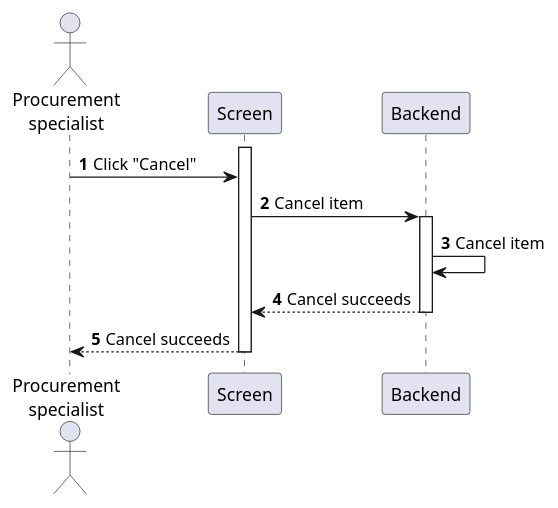
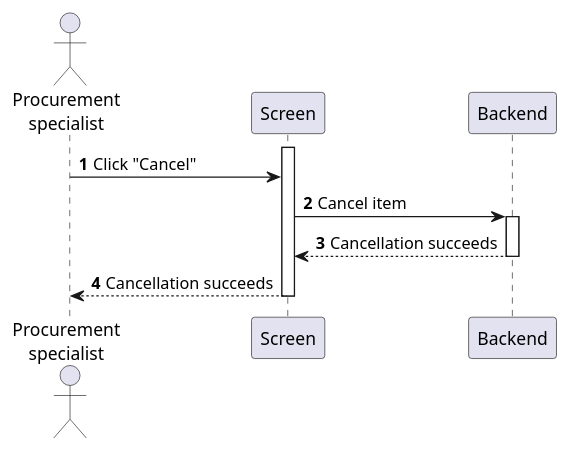
The diagram in sequences/purchase-order-cancel.plantuml (phihungha/scmss-reqs), drawn with PlantUML before and after one commit. The commit also changed 21 other files, not shown here.

```diff
--- a/sequences/purchase-order-cancel.plantuml
+++ b/sequences/purchase-order-cancel.plantuml
@@ -1,16 +1,15 @@
 @startuml purchase-order-cancel
 autonumber
 
 actor "Procurement\nspecialist" as a
 participant Screen as f
 participant Backend as b
 
 activate f
 a -> f : Click "Cancel"
 f -> b : Cancel item
 activate b
-b -> b : Cancel item
-return Cancel succeeds
-f --> a : Cancel succeeds
+return Cancellation succeeds
+f --> a : Cancellation succeeds
 deactivate f
 @enduml
```
